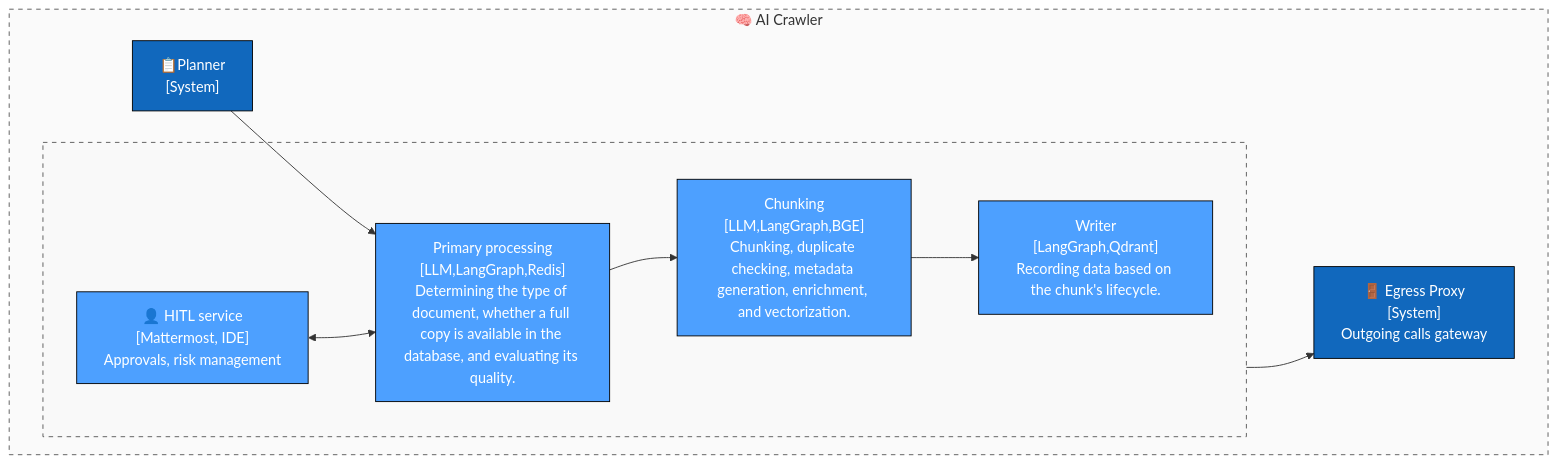
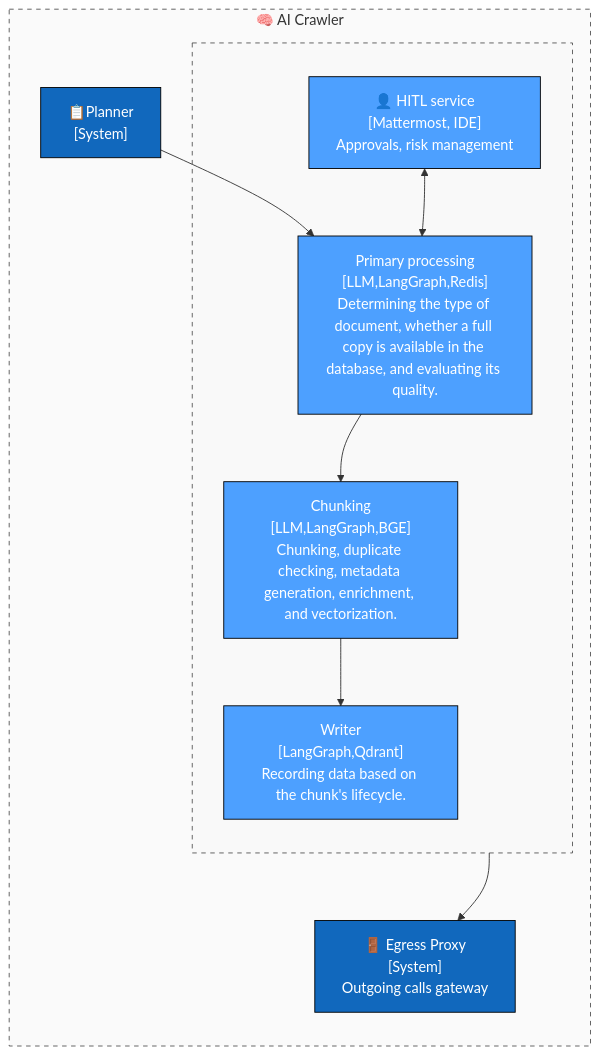
The diagram in c4schemes_crawler/container_rag.mmd (Kir-Za/MAS), drawn with Mermaid before and after one commit. The commit also changed 4 other files, not shown here.

Commit message:
Add graph container.

```diff
--- a/c4schemes_crawler/container_rag.mmd
+++ b/c4schemes_crawler/container_rag.mmd
@@ -1,29 +1,30 @@
 flowchart TD
     classDef actor fill:#08427b,stroke:#000,color:#fff,stroke-width:2px;
     classDef system fill:#1168bd,stroke:#000,color:#fff;
     classDef container fill:#4DA0FF,stroke:#000,color:#fff;
     classDef external fill:#999,stroke:#333,color:#fff;
     
+    
     subgraph group_internal_0["🧠 AI Crawler"]
         scheduler["📋Planner<br/>[System]<br/>"]:::system
-
+        direction TB
         subgraph group_internal_1[" "]
             prepare["Primary processing<br/>[LLM,LangGraph,Redis]<br/>Determining the type of document, whether a full copy is available in the database, and evaluating its quality."]:::container
             hitl["👤 HITL service<br/>[Mattermost, IDE]<br/>Approvals, risk management"]:::container
             chunking["Chunking<br/>[LLM,LangGraph,BGE]<br/>Chunking, duplicate checking, metadata generation, enrichment, and vectorization."]:::container
             writer["Writer<br/>[LangGraph,Qdrant]<br/>Recording data based on the chunk's lifecycle."]:::container
         end
 
         egress["🚪 Egress Proxy<br/>[System]<br/>Outgoing calls gateway"]:::system
 
     end
 
     scheduler --> prepare --> chunking --> writer
     hitl <--> prepare
 
     
     group_internal_1 --> egress
     writer ~~~ egress
 
     style group_internal_0 stroke:#555,stroke-dasharray: 5 5,fill:#f9f9f9,fill-opacity:0.8;
     style group_internal_1 stroke:#555,stroke-dasharray: 5 5,fill:#f9f9f9,fill-opacity:0.8;
```
